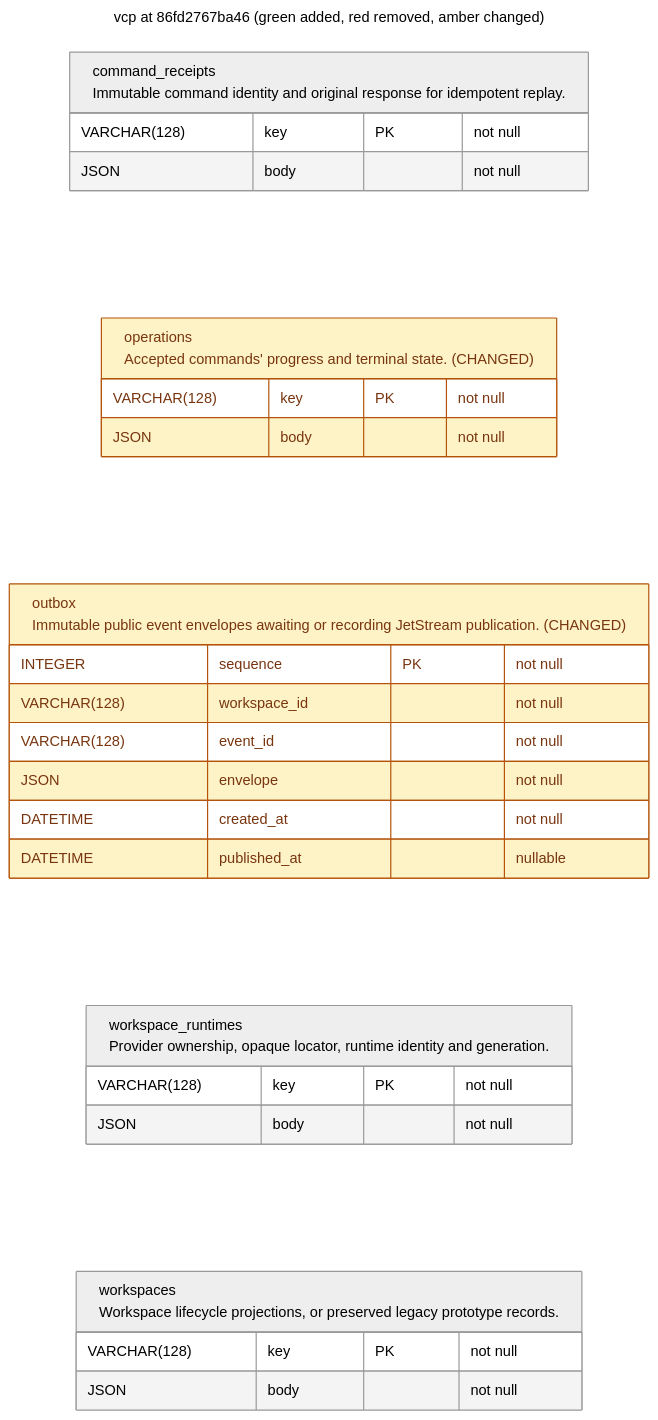
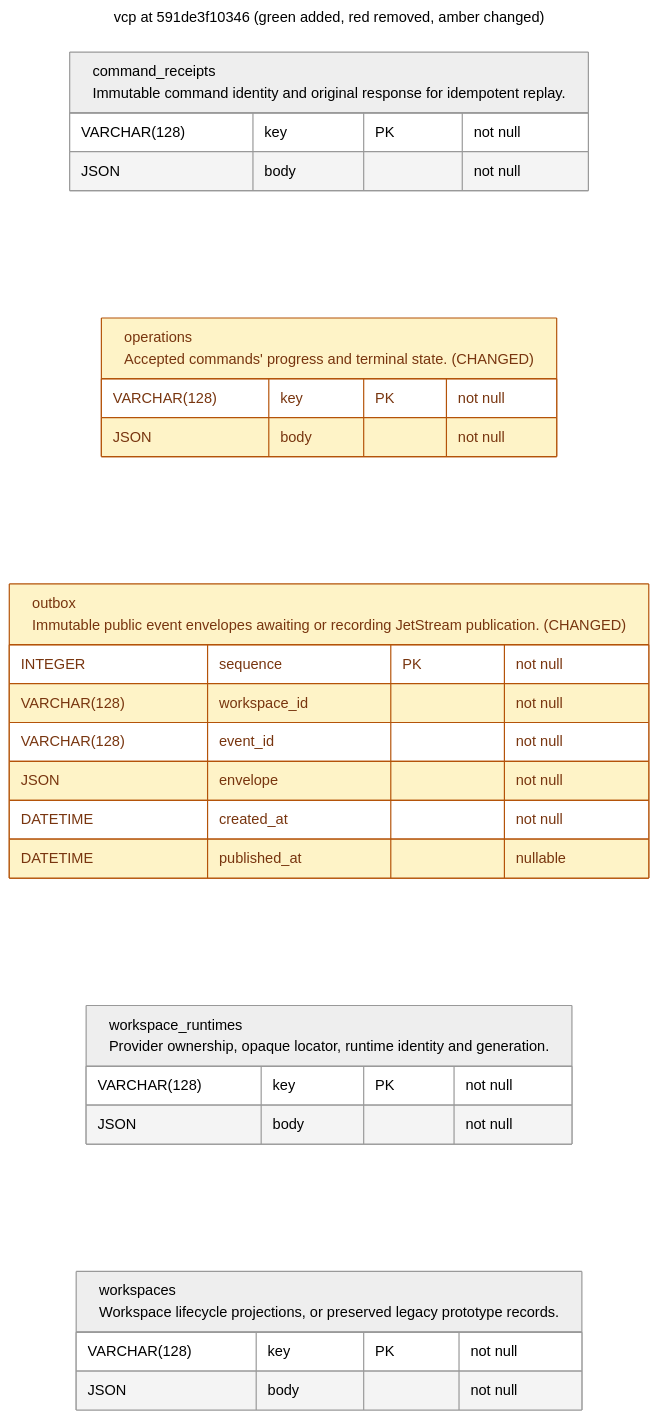
One commit to OpenEngine/OpenEngine changed the diagram in v2/docs/schema/latest_vcp.mermaid. Above: the diagram before and after it, drawn with Mermaid. The commit also changed 24 other files, not shown here.

```diff
--- a/v2/docs/schema/latest_vcp.mermaid
+++ b/v2/docs/schema/latest_vcp.mermaid
@@ -1,39 +1,39 @@
 ---
-title: vcp at 86fd2767ba46 (green added, red removed, amber changed)
+title: vcp at 591de3f10346 (green added, red removed, amber changed)
 config:
   theme: neutral
 ---
 erDiagram
     direction LR
     %% REMOVED tables/columns are tombstones, absent from this revision's schema.
     %% Column changes include type, nullability, default and key membership.
     %% Table changes also include indexes and constraints.
     classDef added fill:#dcfce7,stroke:#15803d,color:#14532d
     classDef removed fill:#fee2e2,stroke:#b91c1c,color:#7f1d1d
     classDef changed fill:#fef3c7,stroke:#b45309,color:#78350f
     command_receipts["command_receipts<br/>Immutable command identity and original response for idempotent replay."] {
         VARCHAR(128) key PK "not null"
         JSON body "not null"
     }
     operations["operations<br/>Accepted commands' progress and terminal state. (CHANGED)"] {
         VARCHAR(128) key PK "not null"
         JSON body "not null"
     }
     class operations changed
     outbox["outbox<br/>Immutable public event envelopes awaiting or recording JetStream publication. (CHANGED)"] {
         INTEGER sequence PK "not null"
         VARCHAR(128) workspace_id "not null"
         VARCHAR(128) event_id "not null"
         JSON envelope "not null"
         DATETIME created_at "not null"
         DATETIME published_at "nullable"
     }
     class outbox changed
     workspace_runtimes["workspace_runtimes<br/>Provider ownership, opaque locator, runtime identity and generation."] {
         VARCHAR(128) key PK "not null"
         JSON body "not null"
     }
     workspaces["workspaces<br/>Workspace lifecycle projections, or preserved legacy prototype records."] {
         VARCHAR(128) key PK "not null"
         JSON body "not null"
     }
```
